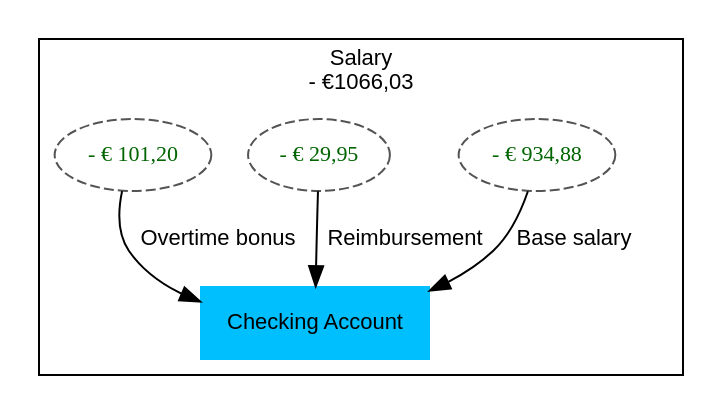
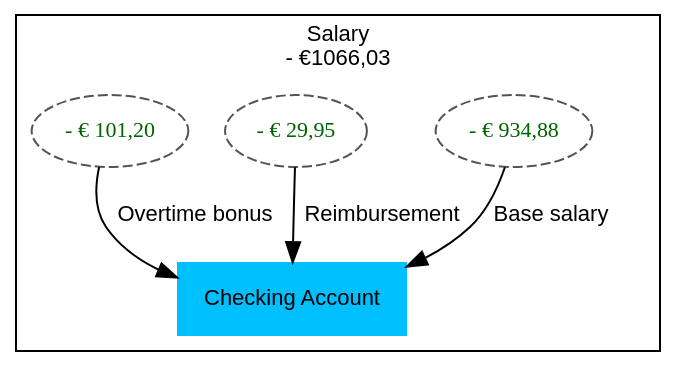
One commit to firefly-iii/docs changed the second of 2 diagrams in docs/advanced/splits.rst. Above: the diagram before and after it, drawn with Graphviz. The commit also changed other lines of this file, not shown here.

Commit message:
Add graphviz things.

```diff
--- a/docs/advanced/splits.rst
+++ b/docs/advanced/splits.rst
@@ -37,19 +37,19 @@
 .. graphviz::
 
    digraph foo {
-      graph [fontname = "helvetica", fontsize=11];
+      graph [fontname = "helvetica", fontsize=11,bgcolor=transparent];
       subgraph cluster_0 {
          label = "Salary\n- €1066,03";
          node [fontname = "helvetica", fontsize=11, shape=rounded, style=filled];
          edge [fontname = "helvetica", fontsize=11];
          
          a[label="- € 934,88", color=grey33, fontcolor=darkgreen, fontname = "helvetica bold",style=dashed, shape=ellipse];
          b[label="- € 29,95", color=grey33, fontcolor=darkgreen, fontname = "helvetica bold",style=dashed, shape=ellipse];
          c[label="- € 101,20", color=grey33, fontcolor=darkgreen, fontname = "helvetica bold",style=dashed, shape=ellipse];
          d[label="Checking Account", color=deepskyblue];
          a -> d[label="Base salary"];
          b -> d[label="Reimbursement"];
          c -> d[label="Overtime bonus"];
     }
       
    }
```
